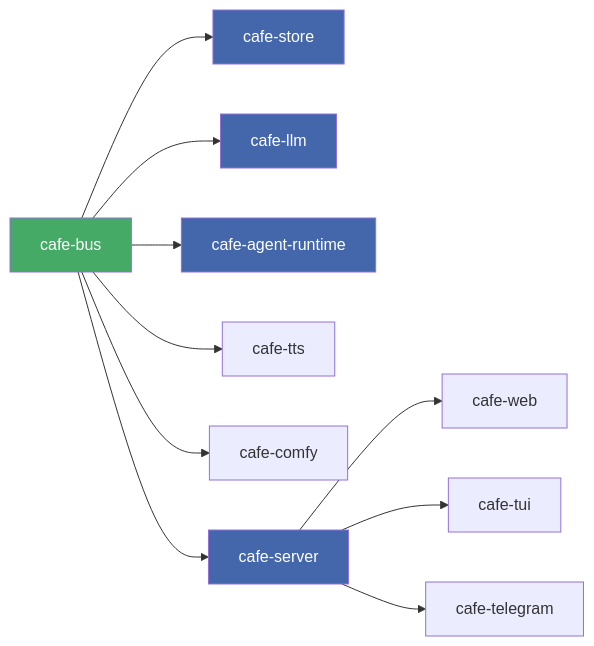
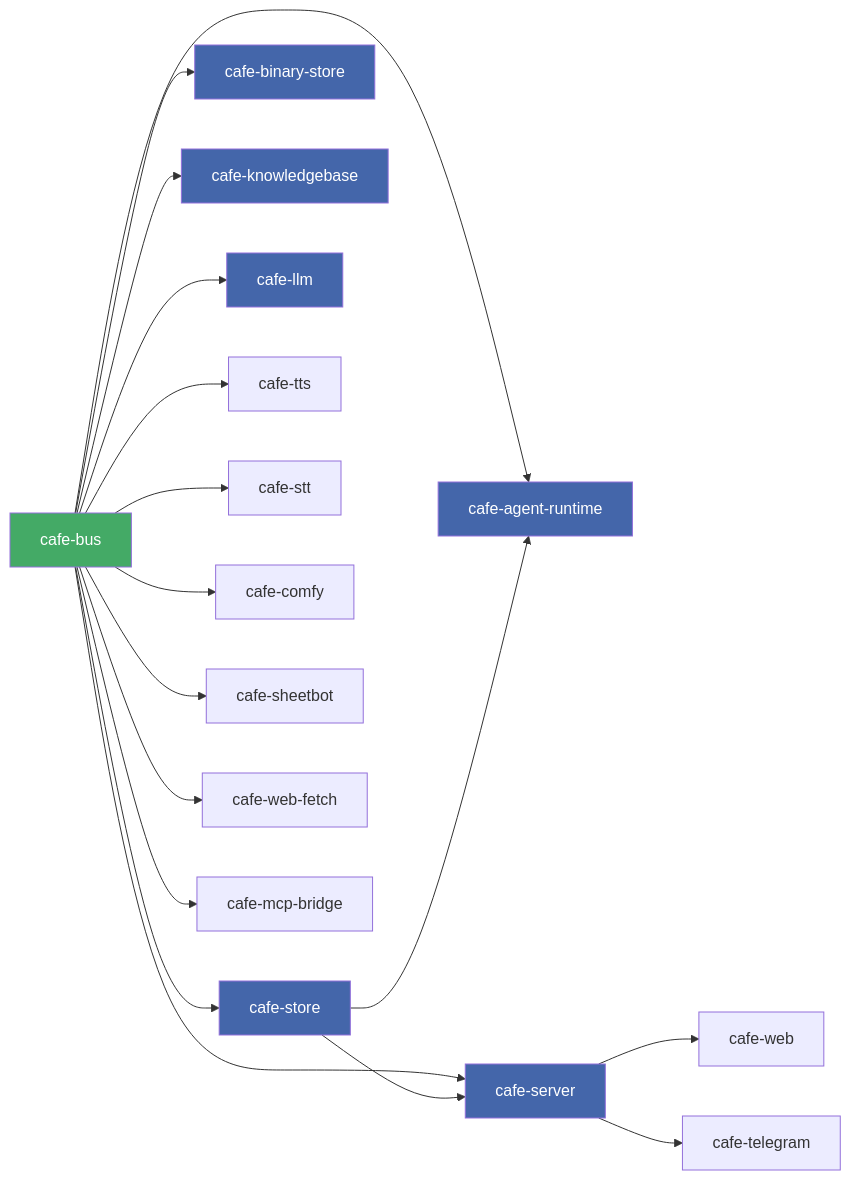
Before and after one commit to jorisvddonk/ObservableCAFEv2: the third of 3 diagrams in docs/architecture.md, drawn with Mermaid. The commit also changed other lines of this file and 3 other files, not shown here.

Commit message:
docs: update core architecture docs and binary-ref status

````diff
--- a/docs/architecture.md
+++ b/docs/architecture.md
@@ -72,18 +93,27 @@
 ```mermaid
 graph LR
     bus[cafe-bus] --> store[cafe-store]
+    bus --> bstore[cafe-binary-store]
+    bus --> kb[cafe-knowledgebase]
     bus --> llm[cafe-llm]
     bus --> agent[cafe-agent-runtime]
     bus --> tts[cafe-tts]
+    bus --> stt[cafe-stt]
     bus --> comfy[cafe-comfy]
+    bus --> sheet[cafe-sheetbot]
+    bus --> fetch[cafe-web-fetch]
+    bus --> mcp[cafe-mcp-bridge]
     bus --> server[cafe-server]
+    store --> agent
+    store --> server
     server --> web[cafe-web]
-    server --> tui[cafe-tui]
     server --> tg[cafe-telegram]
 
     style bus fill:#4a6,color:#fff
     style store fill:#46a,color:#fff
+    style bstore fill:#46a,color:#fff
+    style kb fill:#46a,color:#fff
     style llm fill:#46a,color:#fff
     style agent fill:#46a,color:#fff
     style server fill:#46a,color:#fff
 ```
````
